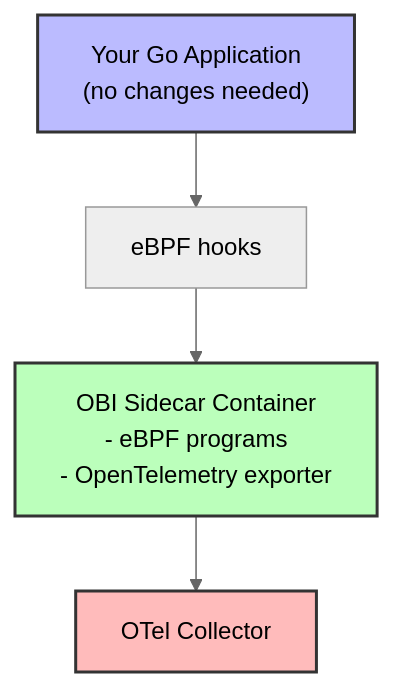
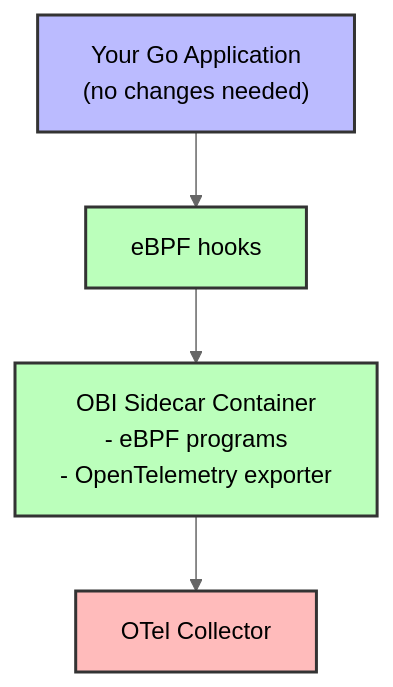
The third of 4 diagrams in presentation.md (hannahkm/fosdem-2026), drawn with Mermaid (neutral theme) before and after one commit.

Commit message:
style ebpf box

````diff
--- a/presentation.md
+++ b/presentation.md
@@ -471,15 +471,16 @@
 ```mermaid
 graph TB
     app["Your Go Application<br/>(no changes needed)"]
     ebpf[eBPF hooks]
     sidecar["OBI Sidecar Container<br/>- eBPF programs<br/>- OpenTelemetry exporter"]
     collector[OTel Collector]
 
     app --> ebpf
     ebpf --> sidecar
     sidecar --> collector
 
     style app fill:#bbf,stroke:#333,stroke-width:2px
+    style ebpf fill:#bfb,stroke:#333,stroke-width:2px
     style sidecar fill:#bfb,stroke:#333,stroke-width:2px
     style collector fill:#fbb,stroke:#333,stroke-width:2px
 ```
````
